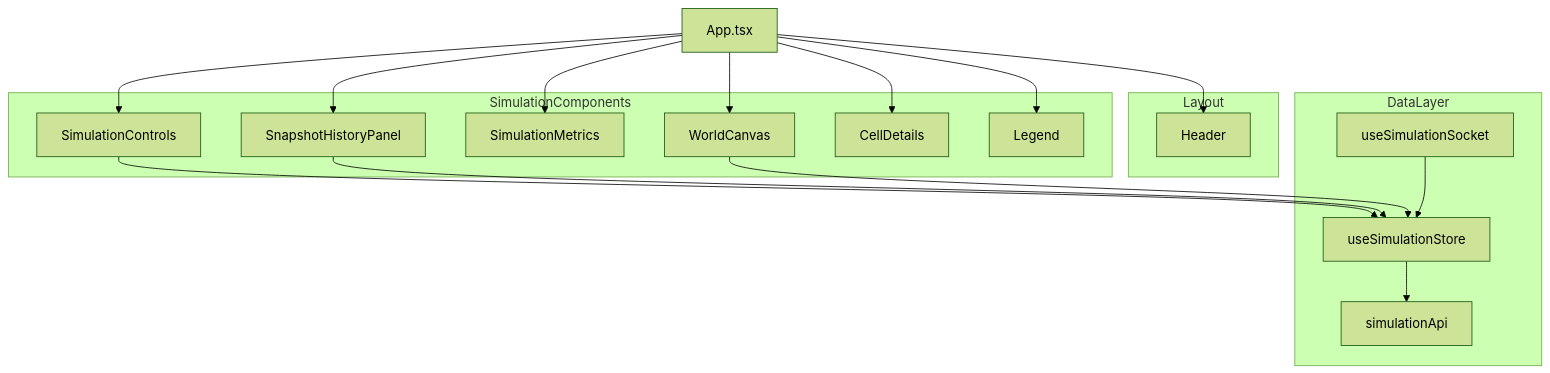
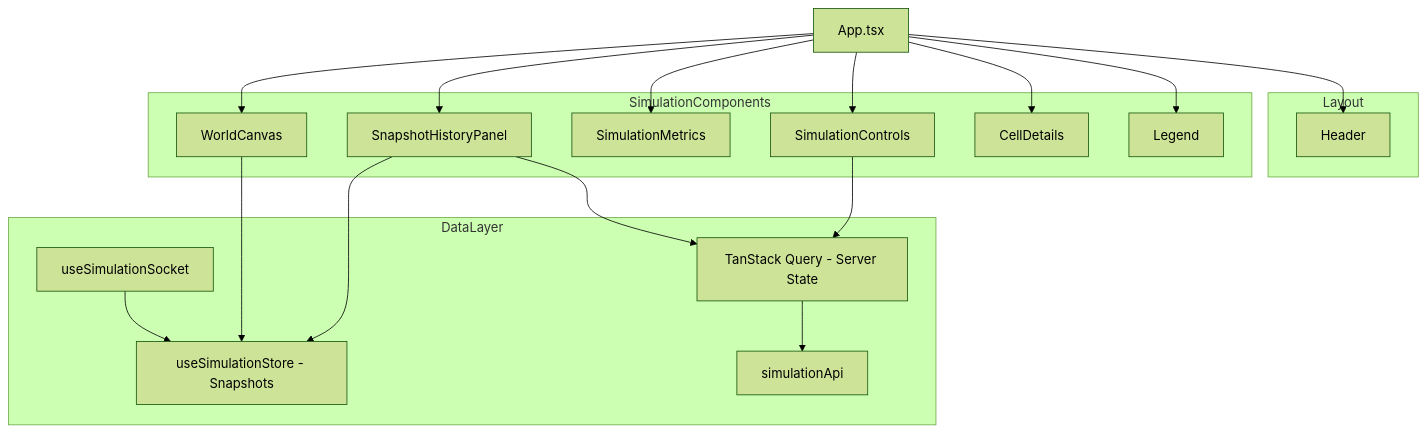
The ninth of 9 diagrams in docs/UML.md (ursusandwolf/alex-kov-island), drawn with Mermaid (forest theme) before and after one commit. The commit also changed other lines of this file and 29 other files, not shown here.

````diff
--- a/docs/UML.md
+++ b/docs/UML.md
@@ -262,37 +265,39 @@
 ```mermaid
 graph TD
     App[App.tsx]
     
     subgraph Layout
         H[Header]
     end
     
     subgraph SimulationComponents
         SC[SimulationControls]
         WC[WorldCanvas]
         SM[SimulationMetrics]
         SH[SnapshotHistoryPanel]
         CD[CellDetails]
         L[Legend]
     end
     
     subgraph DataLayer
-        US[useSimulationStore]
+        US[useSimulationStore - Snapshots]
+        TQ[TanStack Query - Server State]
         SK[useSimulationSocket]
         API[simulationApi]
     end
     
     App --> H
     App --> SC
     App --> WC
     App --> SM
     App --> SH
     App --> CD
     App --> L
     
-    SC --> US
+    SC --> TQ
+    SH --> TQ
     SH --> US
     WC --> US
-    US --> API
+    TQ --> API
     SK --> US
 ```
````
